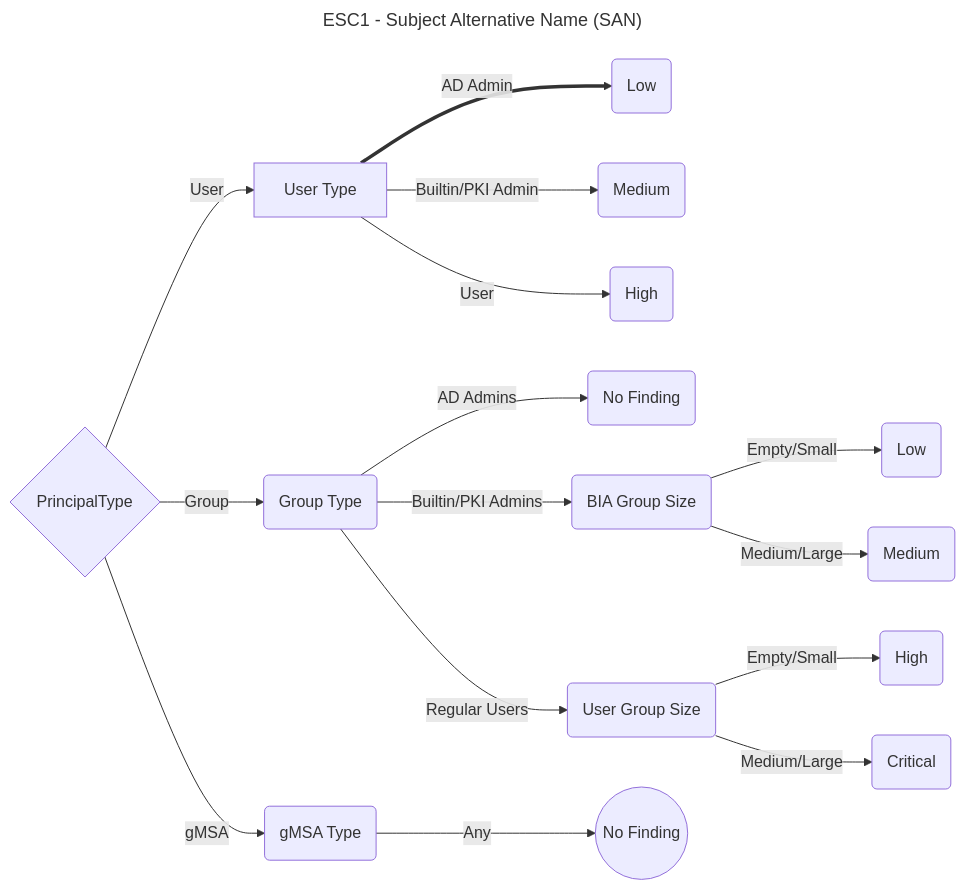
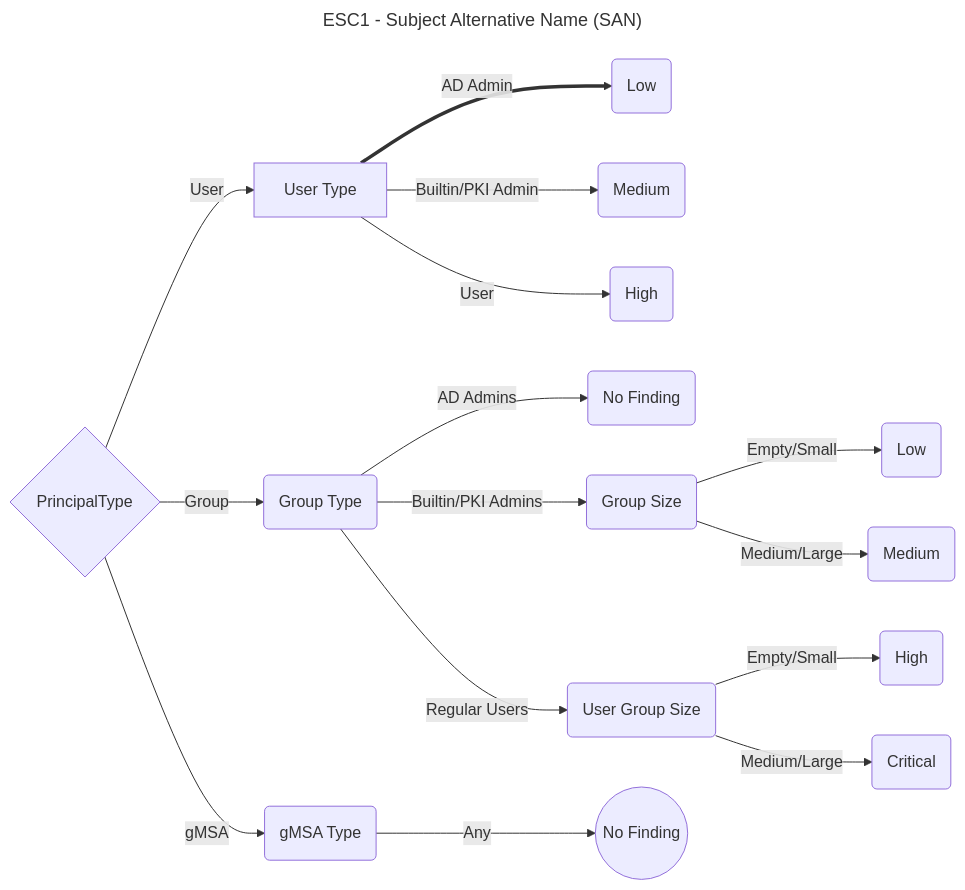
The diagram in Docs/Flowcharts/ESC1.md (TrimarcJake/Locksmith), drawn with Mermaid before and after one commit.

````diff
--- a/Docs/Flowcharts/ESC1.md
+++ b/Docs/Flowcharts/ESC1.md
@@ -1,20 +1,20 @@
 ```mermaid
 ---
 title: ESC1 - Subject Alternative Name (SAN)
 ---
 flowchart LR
     PrincipalType{PrincipalType} -->|User| UserType["User Type"];
             UserType == AD Admin ==> ADAUPriority(Low);
             UserType -- Builtin/PKI Admin --> BIAUPriority(Medium);
             UserType -- User --> UserPriority(High);
     PrincipalType -->|Group| GroupType("Group Type");
             GroupType -- AD Admins --> ADASize(No Finding);
-            GroupType -- Builtin/PKI Admins --> BIASize(BIA Group Size);
+            GroupType -- Builtin/PKI Admins --> BIASize(Group Size);
                 BIASize -- Empty/Small --> BIAEGPriority(Low);
                 BIASize -- Medium/Large --> BIAMGPriority(Medium);
             GroupType -- Regular Users --> UsersSize(User Group Size);
                 UsersSize -- Empty/Small --> UsersEGPriority(High);
                 UsersSize -- Medium/Large --> UsersMGPriority(Critical);
     PrincipalType -->|gMSA| gMSAType(gMSA Type);
             gMSAType -- Any --> gMSAPriority((No Finding));
 ```
````
